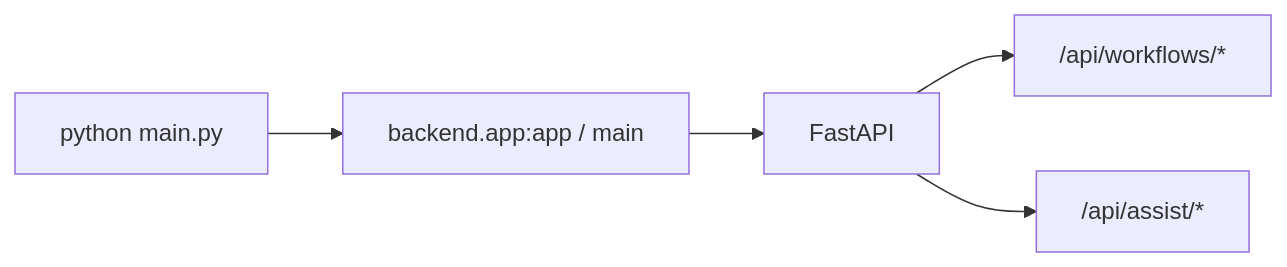
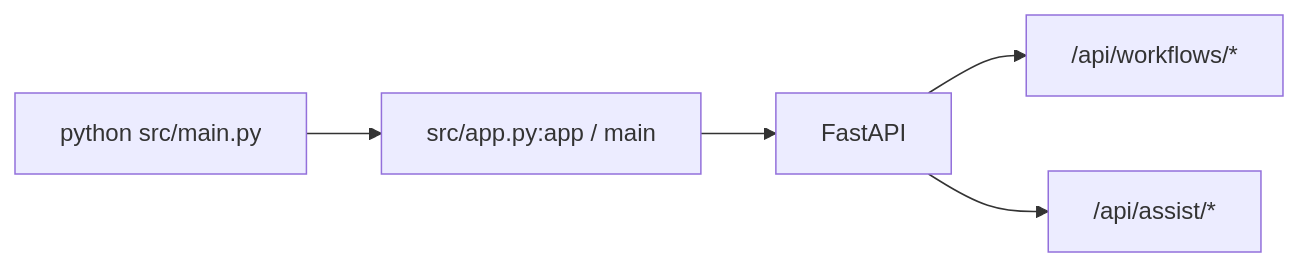
The second of 8 diagrams in backend/docs/technical-development-guide.md (tuisemo/crawler-pipeline-builder), drawn with Mermaid before and after one commit. The commit also changed other lines of this file and 4 other files, not shown here.

First line of the commit message:
docs: update file paths and references to reflect src/main.py relocation

````diff
--- a/backend/docs/technical-development-guide.md
+++ b/backend/docs/technical-development-guide.md
@@ -107,7 +107,7 @@
 ```mermaid
 flowchart LR
-    A["python main.py"] --> B["backend.app:app / main"]
+    A["python src/main.py"] --> B["src/app.py:app / main"]
     B --> C["FastAPI"]
     C --> D["/api/workflows/*"]
     C --> E["/api/assist/*"]
 ```
````
